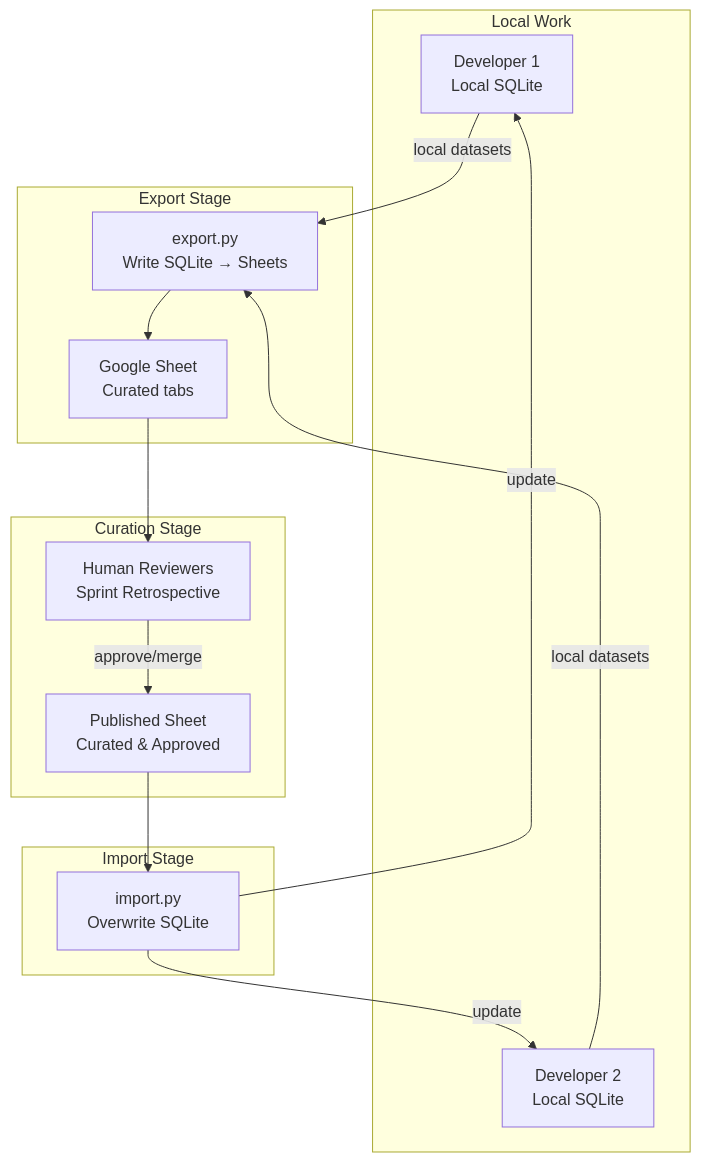
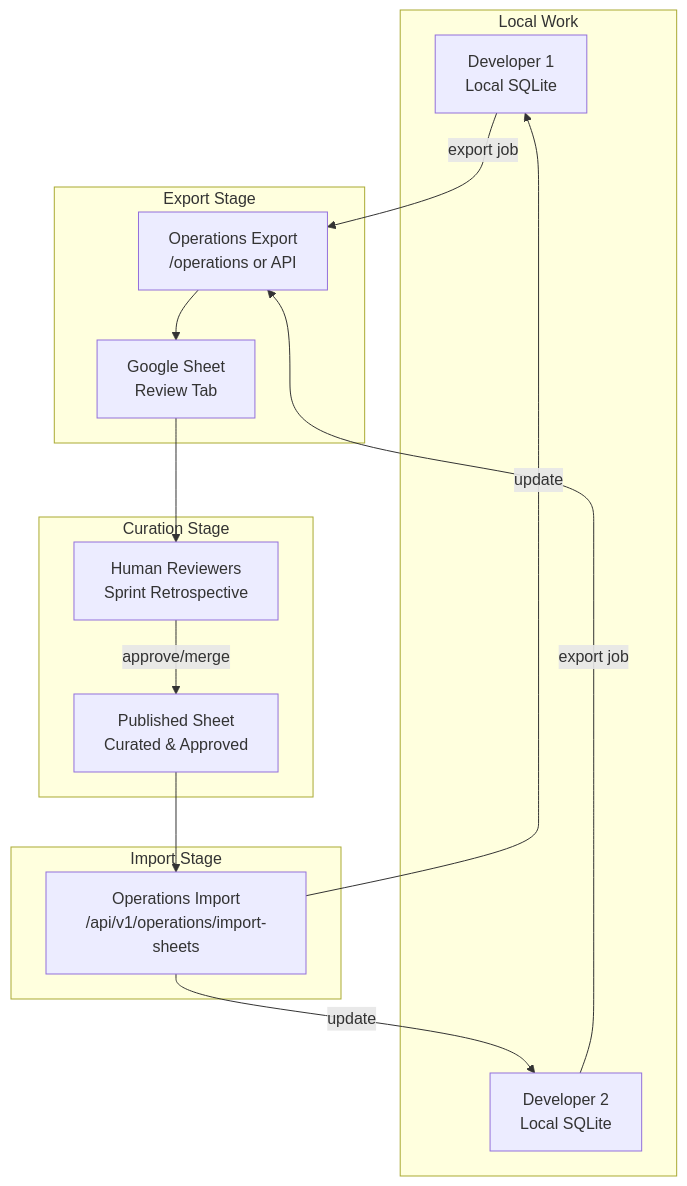
The fourth of 4 diagrams in doc/architecture.md (tyouritsugun/curated-heuristic-loop), drawn with Mermaid before and after one commit. The commit also changed other lines of this file and 143 other files, not shown here.

````diff
--- a/doc/architecture.md
+++ b/doc/architecture.md
@@ -131,30 +229,30 @@
 ```mermaid
 flowchart TD
     subgraph "Local Work"
         DEV1[Developer 1<br/>Local SQLite]
         DEV2[Developer 2<br/>Local SQLite]
     end
 
     subgraph "Export Stage"
-        EXPORT[export.py<br/>Write SQLite → Sheets]
-        REVIEW[Google Sheet<br/>Curated tabs]
+        EXPORT[Operations Export<br/>/operations or API]
+        REVIEW[Google Sheet<br/>Review Tab]
     end
 
     subgraph "Curation Stage"
         CURATOR[Human Reviewers<br/>Sprint Retrospective]
         PUBLISHED[Published Sheet<br/>Curated & Approved]
     end
 
     subgraph "Import Stage"
-        IMPORT[import.py<br/>Overwrite SQLite]
+        IMPORT[Operations Import<br/>/api/v1/operations/import-sheets]
     end
 
-    DEV1 -->|local datasets| EXPORT
-    DEV2 -->|local datasets| EXPORT
+    DEV1 -->|export job| EXPORT
+    DEV2 -->|export job| EXPORT
     EXPORT --> REVIEW
     REVIEW --> CURATOR
     CURATOR -->|approve/merge| PUBLISHED
     PUBLISHED --> IMPORT
     IMPORT -->|update| DEV1
     IMPORT -->|update| DEV2
 ```
````
